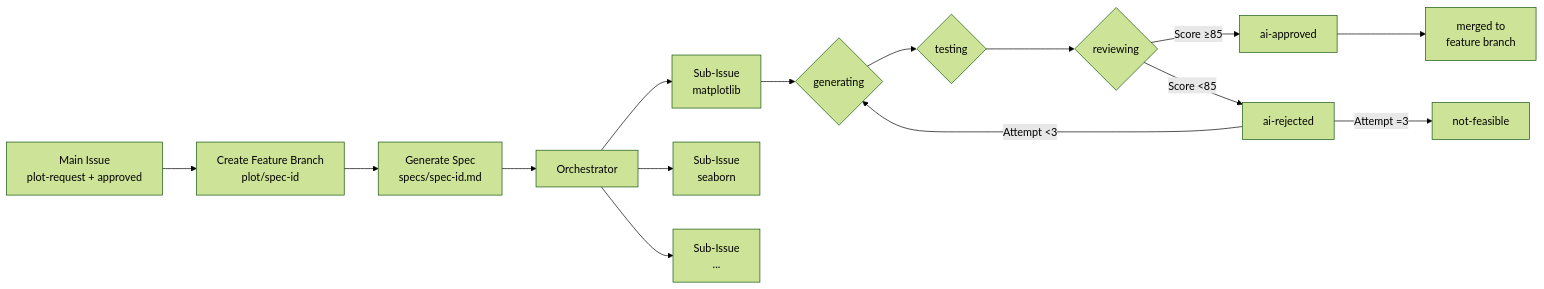
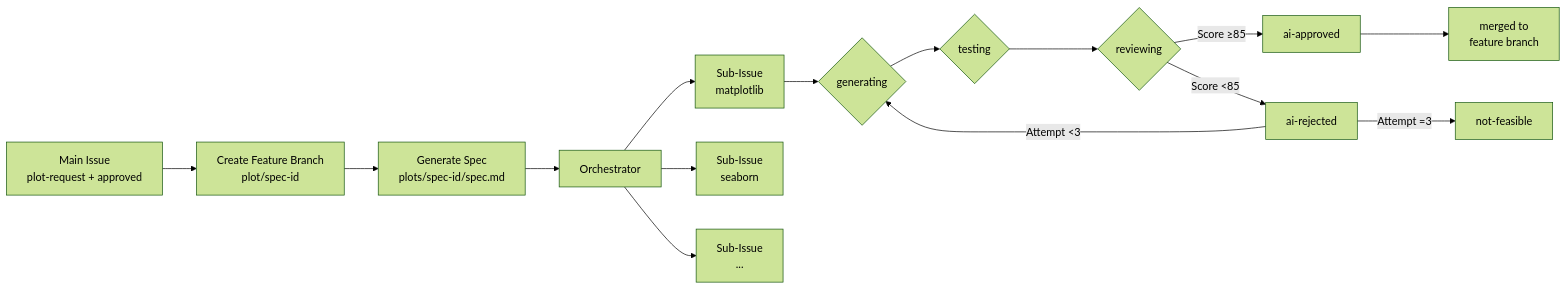
One commit to MarkusNeusinger/pyplots changed the second of 3 diagrams in docs/workflow.md. Above: the diagram before and after it, drawn with Mermaid (forest theme). The commit also changed other lines of this file and 4 other files, not shown here.

````diff
--- a/docs/workflow.md
+++ b/docs/workflow.md
@@ -194,18 +196,18 @@
 ```mermaid
 graph LR
     A[Main Issue<br/>plot-request + approved] --> A1[Create Feature Branch<br/>plot/spec-id]
-    A1 --> A2[Generate Spec<br/>specs/spec-id.md]
+    A1 --> A2[Generate Spec<br/>plots/spec-id/spec.md]
     A2 --> B[Orchestrator]
     B --> C1[Sub-Issue<br/>matplotlib]
     B --> C2[Sub-Issue<br/>seaborn]
     B --> C3[Sub-Issue<br/>...]
 
     C1 --> D1{generating}
     D1 --> E1{testing}
     E1 --> F1{reviewing}
     F1 -->|Score ≥85| G1[ai-approved]
     F1 -->|Score <85| H1[ai-rejected]
     H1 -->|Attempt <3| D1
     H1 -->|Attempt =3| I1[not-feasible]
     G1 --> J1[merged to<br/>feature branch]
 ```
````
